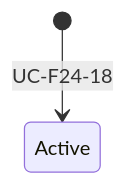
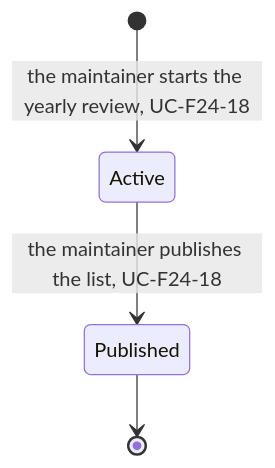
The second of 2 diagrams in docs/specs/02-functional/f24-integrations-hub/data/e-f24-15-connector-catalogue-review.md (gpbcom/SimpleERP), drawn with Mermaid before and after one commit. The commit also changed other lines of this file and 8816 other files, not shown here.

````diff
--- a/docs/specs/02-functional/f24-integrations-hub/data/e-f24-15-connector-catalogue-review.md
+++ b/docs/specs/02-functional/f24-integrations-hub/data/e-f24-15-connector-catalogue-review.md
@@ -25,4 +51,6 @@
 ```mermaid
 stateDiagram-v2
-  [*] --> Active : UC-F24-18
+  [*] --> Active : the maintainer starts the yearly review, UC-F24-18
+  Active --> Published : the maintainer publishes the list, UC-F24-18
+  Published --> [*]
 ```
````
